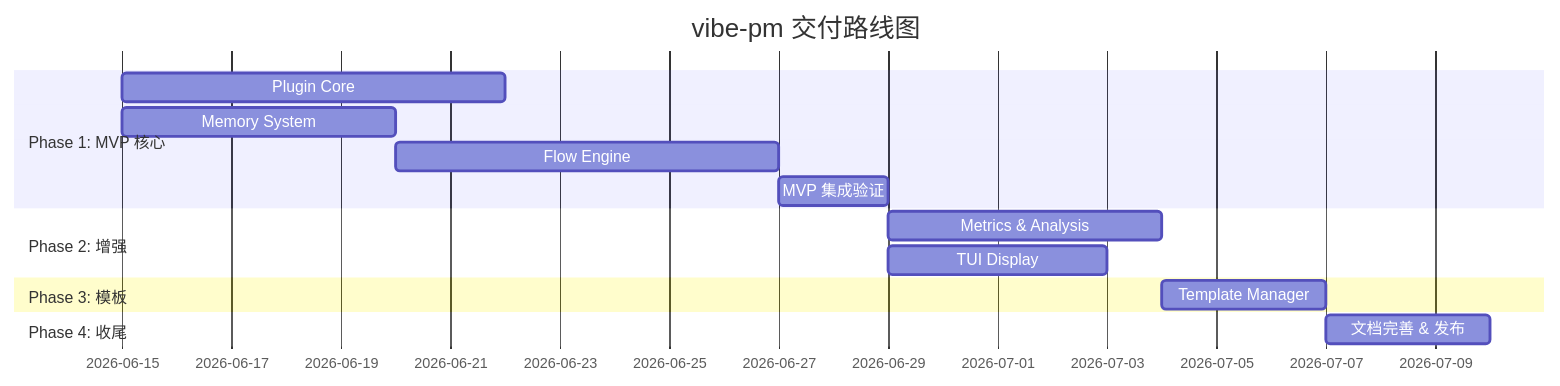
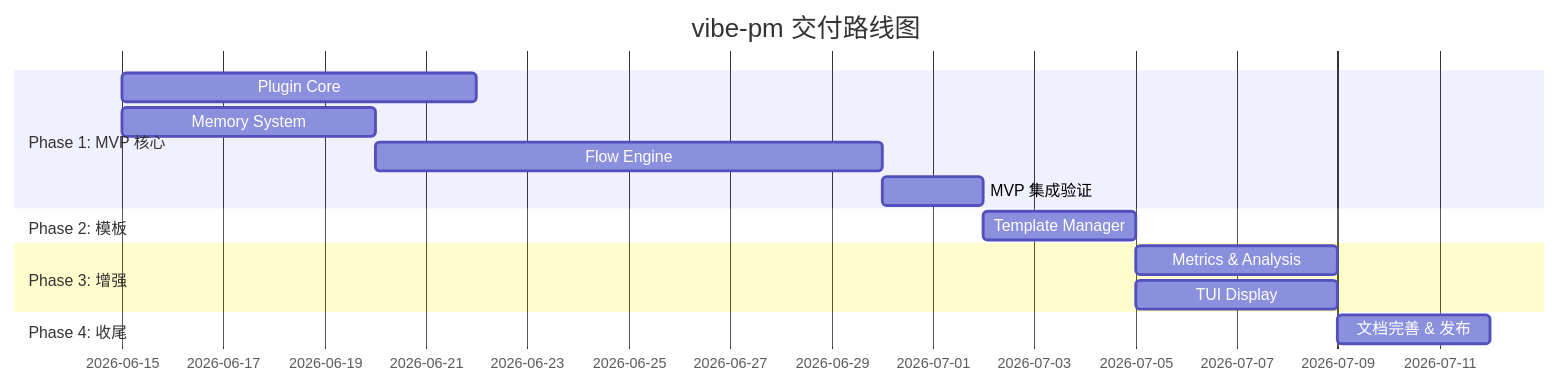
One commit to hank-cp/opencode-vibe-pm changed the first of 2 diagrams in docs/spec/vibe-pm-roadmap.md. Above: the diagram before and after it, drawn with Mermaid. The commit also changed other lines of this file and 5 other files, not shown here.

````diff
--- a/docs/spec/vibe-pm-roadmap.md
+++ b/docs/spec/vibe-pm-roadmap.md
@@ -11,17 +11,17 @@
 ```mermaid
 gantt
     title vibe-pm 交付路线图
     dateFormat  YYYY-MM-DD
     section Phase 1: MVP 核心
         Plugin Core            :p1a, 2026-06-15, 7d
         Memory System          :p1b, 2026-06-15, 5d
-        Flow Engine            :p1c, after p1b, 7d
+        Flow Engine            :p1c, after p1b, 10d
         MVP 集成验证           :p1d, after p1c, 2d
-    section Phase 2: 增强
-        Metrics & Analysis     :p2a, after p1d, 5d
-        TUI Display            :p2b, after p1d, 4d
-    section Phase 3: 模板
-        Template Manager       :p3a, after p2a, 3d
+    section Phase 2: 模板
+        Template Manager       :p2a, after p1d, 3d
+    section Phase 3: 增强
+        Metrics & Analysis     :p3a, after p2a, 4d
+        TUI Display            :p3b, after p2a, 4d
     section Phase 4: 收尾
         文档完善 & 发布        :p4a, after p3a, 3d
 ```
````
